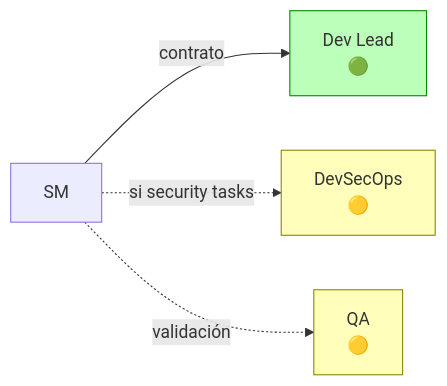
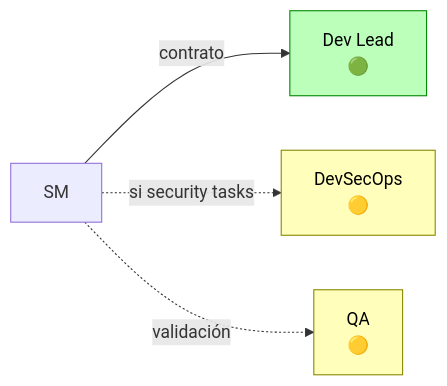
Before and after one commit to virgenherrera/idea-to-mvp: the fifth of 14 diagrams in docs/role-profiles.md, drawn with Mermaid. The commit also changed other lines of this file and 1 other file, not shown here.

First line of the commit message:
fix: add explicit text color to mermaid diagram nodes

````diff
--- a/docs/role-profiles.md
+++ b/docs/role-profiles.md
@@ -365,10 +365,10 @@
 ```mermaid
 flowchart LR
     SM_F4["SM"] -->|"contrato"| DEV_F4["Dev Lead\n🟢"]
     SM_F4 -.->|"si security tasks"| SEC_F4["DevSecOps\n🟡"]
     SM_F4 -.->|"validación"| QA_F4["QA\n🟡"]
 
-    style DEV_F4 fill:#bfb,stroke:#080
-    style SEC_F4 fill:#ffb,stroke:#880
-    style QA_F4 fill:#ffb,stroke:#880
+    style DEV_F4 fill:#bfb,stroke:#080,color:#000
+    style SEC_F4 fill:#ffb,stroke:#880,color:#000
+    style QA_F4 fill:#ffb,stroke:#880,color:#000
 ```
````
